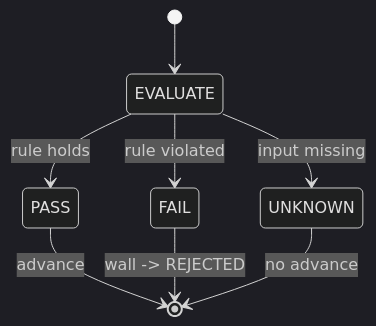
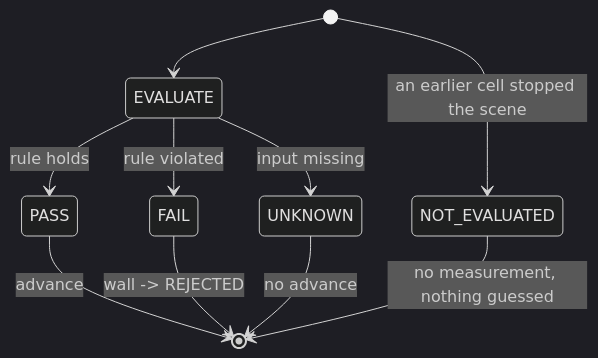
Before and after one commit to racosta-data/lots-twin: the fourth of 8 diagrams in docs/maze-flow.md, drawn with Mermaid (dark theme). The commit also changed other lines of this file, not shown here.

Commit message:
docs: align diagrams with approved decisions, add pending D1 D2 D6 (#2)

````diff
--- a/docs/maze-flow.md
+++ b/docs/maze-flow.md
@@ -94,10 +97,12 @@
 ```mermaid
 stateDiagram-v2
   [*] --> EVALUATE
   EVALUATE --> PASS: rule holds
   EVALUATE --> FAIL: rule violated
   EVALUATE --> UNKNOWN: input missing
   PASS --> [*]: advance
   FAIL --> [*]: wall -> REJECTED
   UNKNOWN --> [*]: no advance
+  [*] --> NOT_EVALUATED: an earlier cell stopped the scene
+  NOT_EVALUATED --> [*]: no measurement, nothing guessed
 ```
````
